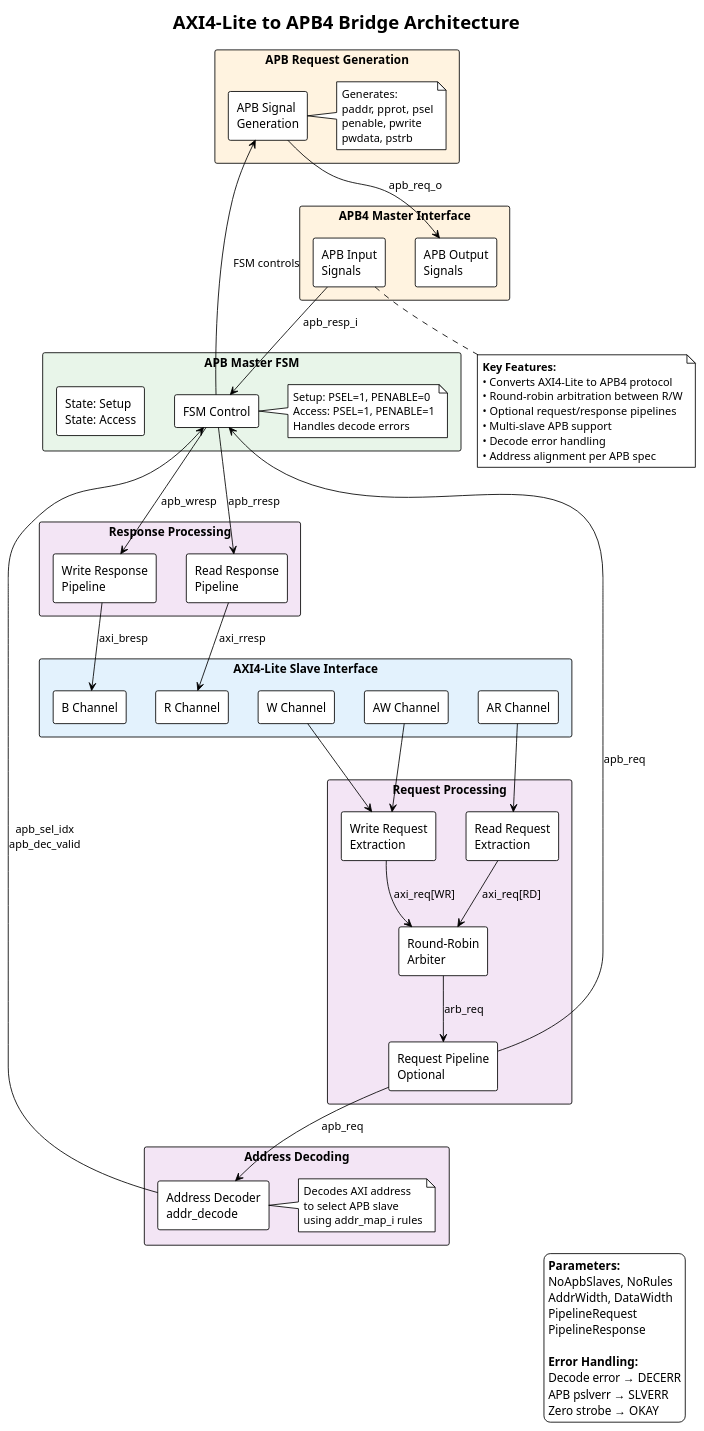
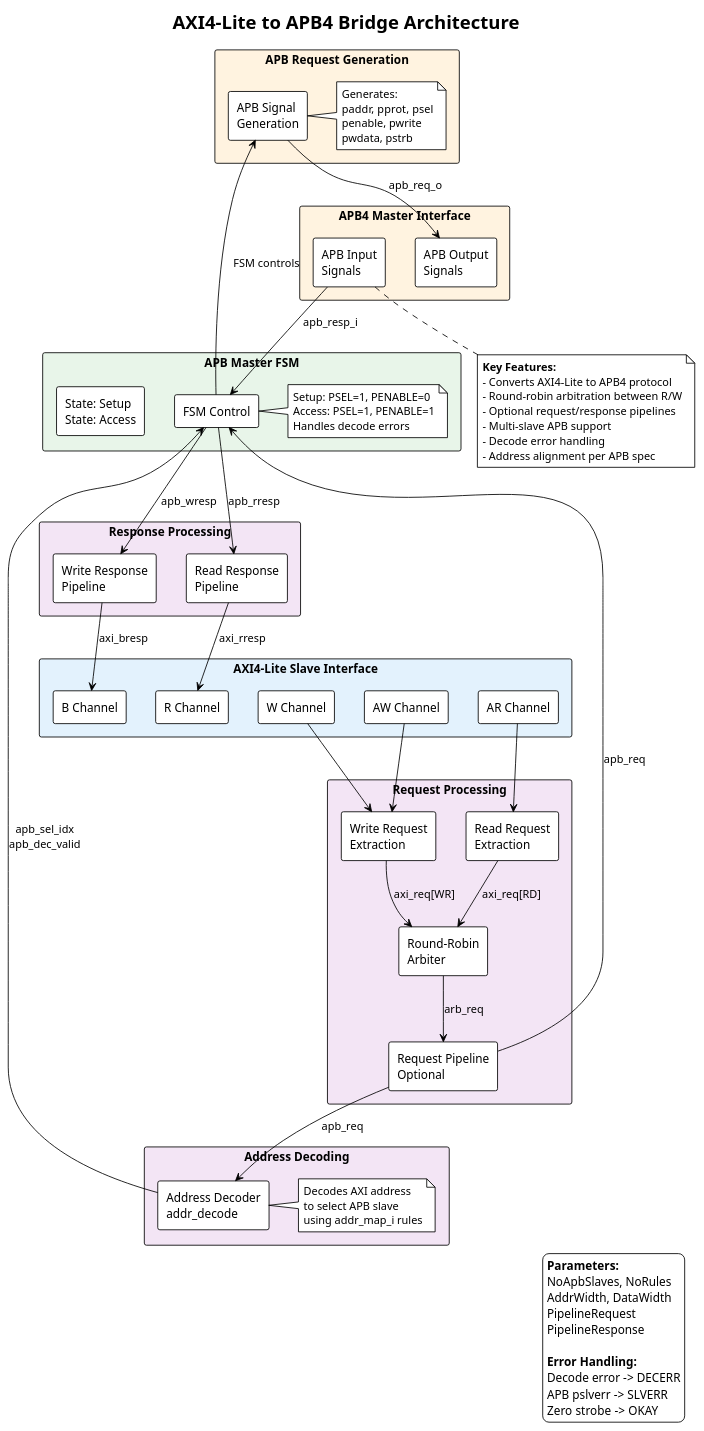
The diagram in docs/diagrams/axi_lite_to_apb_architecture.puml (npcarter2025/axi-apb-bridge-uvm), drawn with PlantUML before and after one commit. The commit also changed 5 other files, not shown here.

Commit message:
fixing artifacts in diagrams

```diff
--- a/docs/diagrams/axi_lite_to_apb_architecture.puml
+++ b/docs/diagrams/axi_lite_to_apb_architecture.puml
@@ -1,109 +1,109 @@
 @startuml axi_lite_to_apb_architecture
 !theme plain
 skinparam backgroundColor #FFFFFF
 skinparam componentStyle rectangle
 skinparam shadowing false
 
 title AXI4-Lite to APB4 Bridge Architecture
 
 rectangle "AXI4-Lite Slave Interface" #E3F2FD {
     component [AR Channel] as AR
     component [AW Channel] as AW
     component [W Channel] as W
     component [R Channel] as R
     component [B Channel] as B
 }
 
 rectangle "Request Processing" #F3E5F5 {
     component [Read Request\nExtraction] as RD_REQ
     component [Write Request\nExtraction] as WR_REQ
     component [Round-Robin\nArbiter] as ARB
     component [Request Pipeline\nOptional] as REQ_PIPE
 }
 
 rectangle "Address Decoding" #F3E5F5 {
     component [Address Decoder\naddr_decode] as ADDR_DEC
     note right of ADDR_DEC
         Decodes AXI address
         to select APB slave
         using addr_map_i rules
     end note
 }
 
 rectangle "APB Master FSM" #E8F5E9 {
     component [FSM Control] as FSM
     component [State: Setup\nState: Access] as FSM_STATE
     note right of FSM
         Setup: PSEL=1, PENABLE=0
         Access: PSEL=1, PENABLE=1
         Handles decode errors
     end note
 }
 
 rectangle "APB Request Generation" #FFF3E0 {
     component [APB Signal\nGeneration] as APB_REQ
     note right of APB_REQ
         Generates:
         paddr, pprot, psel
         penable, pwrite
         pwdata, pstrb
     end note
 }
 
 rectangle "Response Processing" #F3E5F5 {
     component [Write Response\nPipeline] as WR_RESP
     component [Read Response\nPipeline] as RD_RESP
 }
 
 rectangle "APB4 Master Interface" #FFF3E0 {
     component [APB Output\nSignals] as APB_OUT
     component [APB Input\nSignals] as APB_IN
 }
 
 ' Data flow connections
 AR --> RD_REQ
 AW --> WR_REQ
 W --> WR_REQ
 
 RD_REQ --> ARB : axi_req[RD]
 WR_REQ --> ARB : axi_req[WR]
 
 ARB --> REQ_PIPE : arb_req
 REQ_PIPE --> ADDR_DEC : apb_req
 REQ_PIPE --> FSM : apb_req
 
 ADDR_DEC --> FSM : apb_sel_idx\napb_dec_valid
 FSM --> APB_REQ : FSM controls
 APB_REQ --> APB_OUT : apb_req_o
 
 APB_IN --> FSM : apb_resp_i
 FSM --> WR_RESP : apb_wresp
 FSM --> RD_RESP : apb_rresp
 
 WR_RESP --> B : axi_bresp
 RD_RESP --> R : axi_rresp
 
 note bottom
     <b>Key Features:</b>
-    • Converts AXI4-Lite to APB4 protocol
-    • Round-robin arbitration between R/W
-    • Optional request/response pipelines
-    • Multi-slave APB support
-    • Decode error handling
-    • Address alignment per APB spec
+    - Converts AXI4-Lite to APB4 protocol
+    - Round-robin arbitration between R/W
+    - Optional request/response pipelines
+    - Multi-slave APB support
+    - Decode error handling
+    - Address alignment per APB spec
 end note
 
 legend right
     <b>Parameters:</b>
     NoApbSlaves, NoRules
     AddrWidth, DataWidth
     PipelineRequest
     PipelineResponse
     
     <b>Error Handling:</b>
-    Decode error → DECERR
-    APB pslverr → SLVERR
-    Zero strobe → OKAY
+    Decode error -> DECERR
+    APB pslverr -> SLVERR
+    Zero strobe -> OKAY
 end legend
 
 @enduml
```
